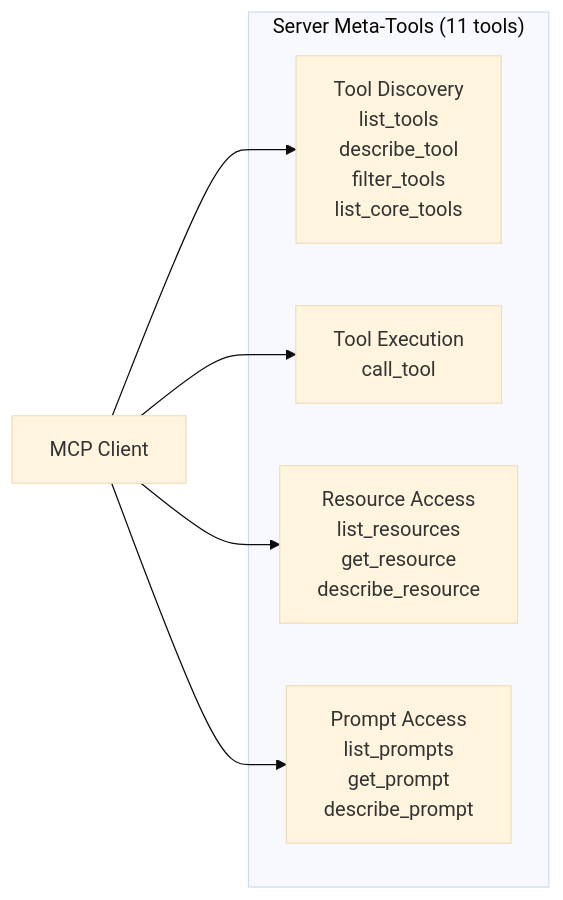
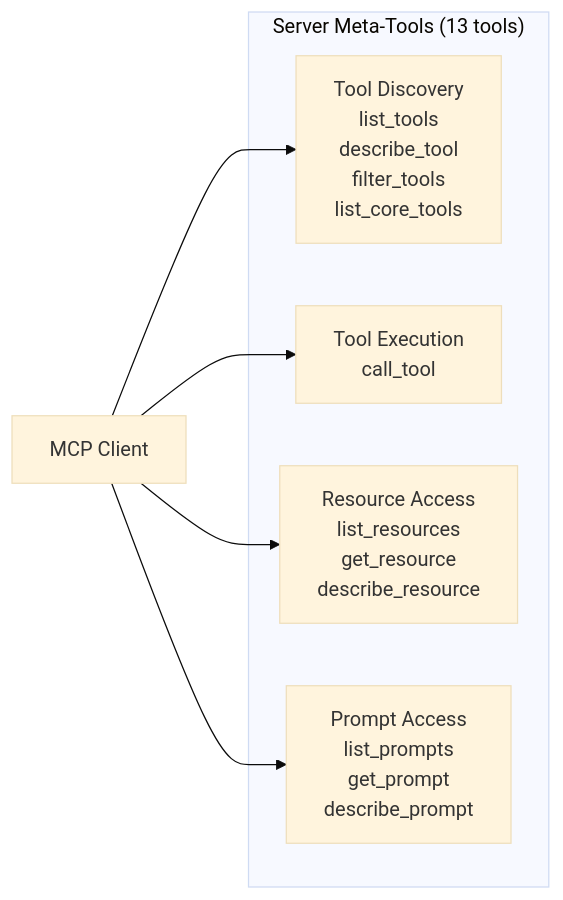
One commit to giantswarm/muster changed the third of 5 diagrams in docs/explanation/architecture.md. Above: the diagram before and after it, drawn with Mermaid (base theme). The commit also changed other lines of this file and 129 other files, not shown here.

````diff
--- a/docs/explanation/architecture.md
+++ b/docs/explanation/architecture.md
@@ -153,14 +153,14 @@
 ```mermaid
 graph LR
-    subgraph "Server Meta-Tools (11 tools)"
+    subgraph "Server Meta-Tools (13 tools)"
         Discovery[Tool Discovery<br/>list_tools<br/>describe_tool<br/>filter_tools<br/>list_core_tools]
         Execution[Tool Execution<br/>call_tool]
         Resources[Resource Access<br/>list_resources<br/>get_resource<br/>describe_resource]
         Prompts[Prompt Access<br/>list_prompts<br/>get_prompt<br/>describe_prompt]
     end
 
     Client[MCP Client] --> Discovery
     Client --> Execution
     Client --> Resources
     Client --> Prompts
 ```
````
